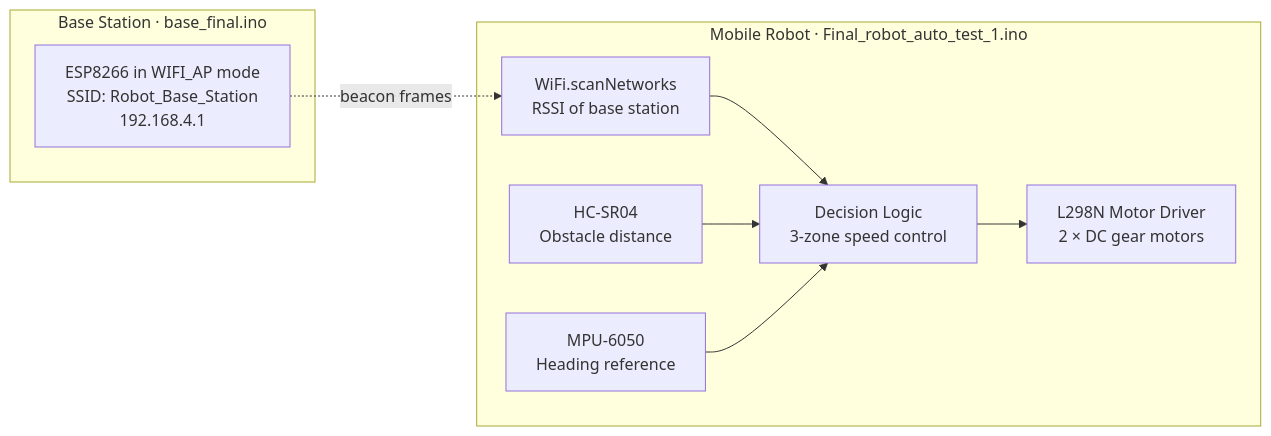
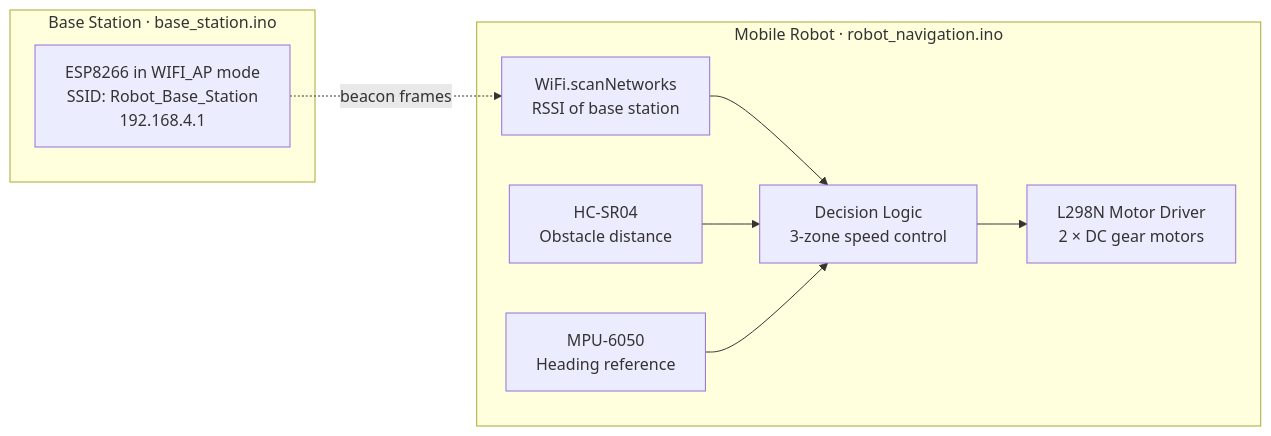
One commit to Ram0kr0singh/RSSI-Based-Gradient-Descent-Approach-for-Collaborative-Robot-Localization-and-Navigation changed the first of 2 diagrams in README.md. Above: the diagram before and after it, drawn with Mermaid. The commit also changed other lines of this file, not shown here.

````diff
--- a/README.md
+++ b/README.md
@@ -55,20 +56,20 @@
 ```mermaid
 flowchart LR
-    subgraph BASE[Base Station · base_final.ino]
+    subgraph BASE[Base Station · base_station.ino]
         AP[ESP8266 in WIFI_AP mode\nSSID: Robot_Base_Station\n192.168.4.1]
     end
 
-    subgraph ROBOT[Mobile Robot · Final_robot_auto_test_1.ino]
+    subgraph ROBOT[Mobile Robot · robot_navigation.ino]
         SCAN[WiFi.scanNetworks\nRSSI of base station]
         US[HC-SR04\nObstacle distance]
         IMU[MPU-6050\nHeading reference]
         CTRL[Decision Logic\n3-zone speed control]
         DRV[L298N Motor Driver\n2 × DC gear motors]
     end
 
     AP -. beacon frames .-> SCAN
     SCAN --> CTRL
     US --> CTRL
     IMU --> CTRL
     CTRL --> DRV
 ```
````
